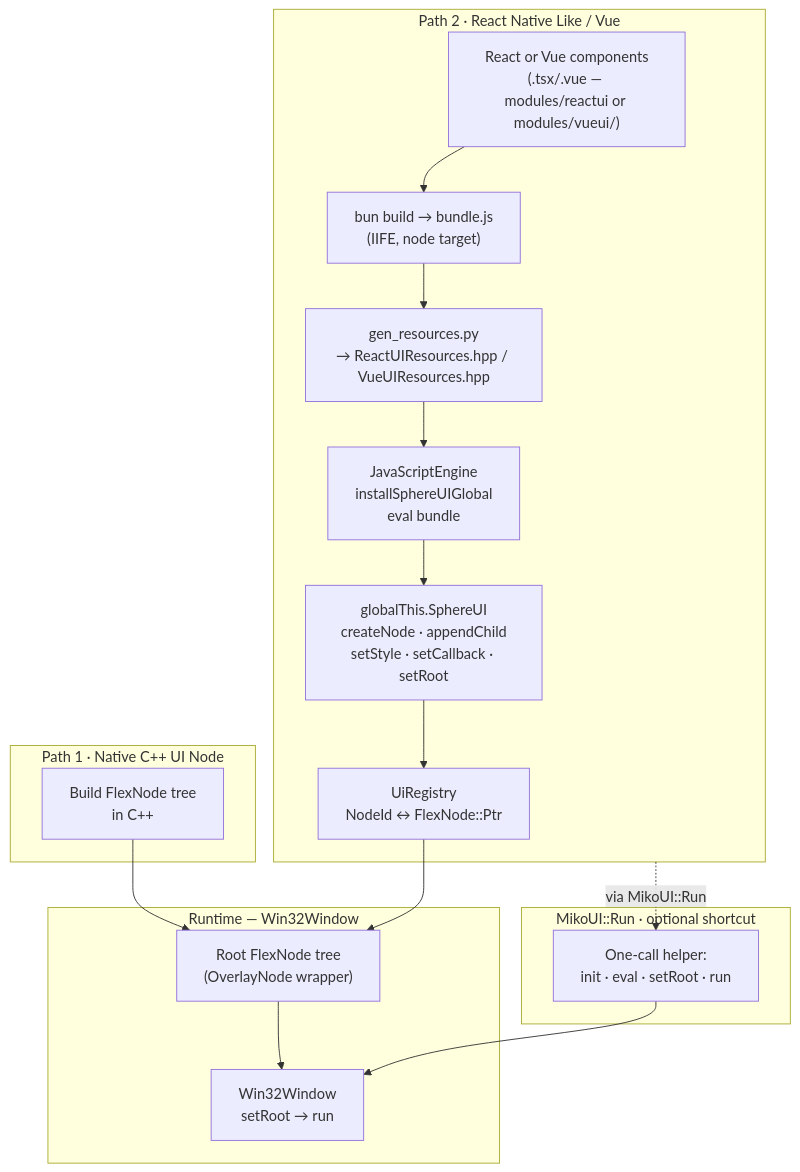
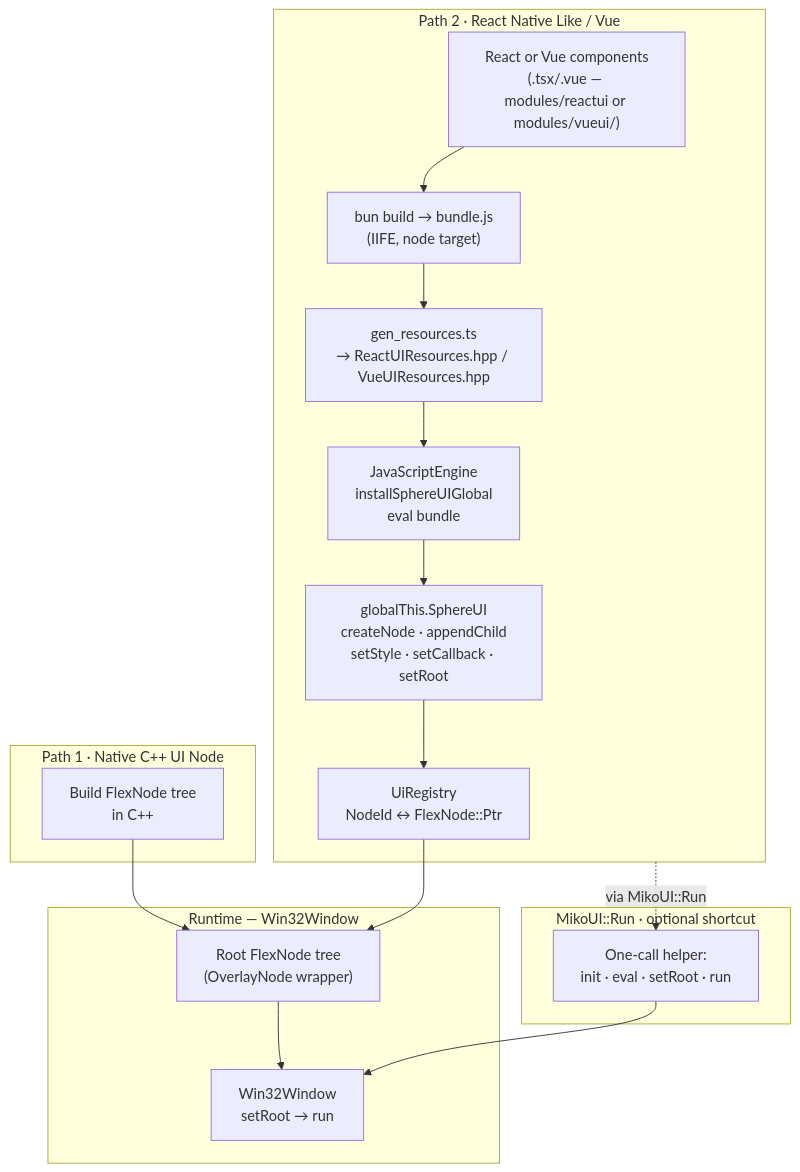
The second of 4 diagrams in README.md (arizkami/MochiUI), drawn with Mermaid before and after one commit. The commit also changed other lines of this file and 18 other files, not shown here.

````diff
--- a/README.md
+++ b/README.md
@@ -70,32 +70,32 @@
 ```mermaid
 flowchart TB
   subgraph path1 [Path 1 · Native C++ UI Node]
     cpp["Build FlexNode tree\nin C++"]
   end
 
   subgraph path2 [Path 2 · React Native Like / Vue]
     tsx["React or Vue components\n(.tsx/.vue — modules/reactui or modules/vueui/)"]
     bun["bun build → bundle.js\n(IIFE, node target)"]
-    genRes["gen_resources.py\n→ ReactUIResources.hpp / VueUIResources.hpp"]
+    genRes["gen_resources.ts\n→ ReactUIResources.hpp / VueUIResources.hpp"]
     jsBridge["JavaScriptEngine\ninstallSphereUIGlobal\neval bundle"]
     auBridge["globalThis.SphereUI\ncreateNode · appendChild\nsetStyle · setCallback · setRoot"]
     registry["UiRegistry\nNodeId ↔ FlexNode::Ptr"]
     tsx --> bun --> genRes --> jsBridge
     jsBridge --> auBridge --> registry
   end
 
   subgraph runtime [Runtime — Win32Window]
     root["Root FlexNode tree\n(OverlayNode wrapper)"]
     win["Win32Window\nsetRoot → run"]
   end
 
   subgraph fw [MikoUI::Run · optional shortcut]
     miko["One-call helper:\ninit · eval · setRoot · run"]
   end
 
   cpp       --> root
   registry  --> root
   root      --> win
   path2     -.->|"via MikoUI::Run"| miko
   miko      --> win
 ```
````
